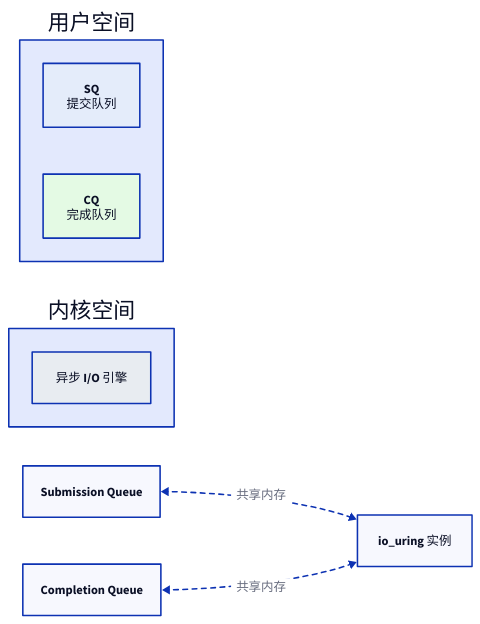
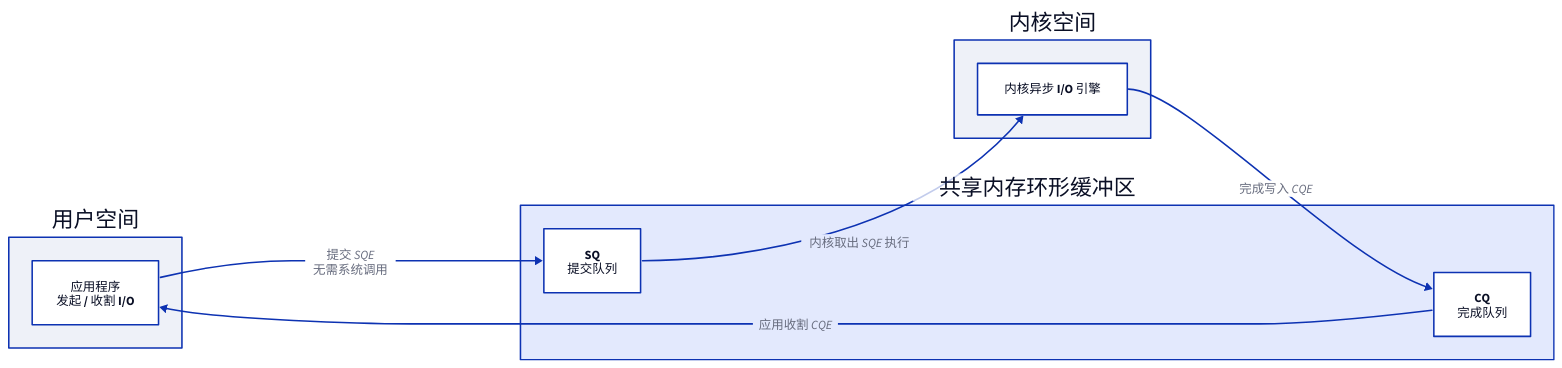
Before and after one commit to zhleeo/zlab: the diagram in diagrams/io-uring.d2, drawn with D2. The commit also changed 11 other files, not shown here.

```diff
--- a/diagrams/io-uring.d2
+++ b/diagrams/io-uring.d2
@@ -1,24 +1,34 @@
-# io_uring 共享环形缓冲区
+# io_uring 共享环形缓冲区架构
 direction: right
 
 用户空间: {
-  Submission Queue: "SQ\n提交队列" {
-    style.fill: "#e4ecfa"
+  label: 用户空间
+  style.fill: "#EEF1F8"
+  app: 应用程序\n发起 / 收割 I/O {
+    style.fill: "#FFFFFF"
   }
-  Completion Queue: "CQ\n完成队列" {
-    style.fill: "#e4fae4"
+}
+
+共享内存: {
+  label: 共享内存环形缓冲区
+  style.fill: "#E3E9FD"
+  SQ: "SQ\n提交队列" {
+    style.fill: "#FFFFFF"
+  }
+  CQ: "CQ\n完成队列" {
+    style.fill: "#FFFFFF"
   }
 }
 
 内核空间: {
-  io_uring 实例: "异步 I/O 引擎" {
-    style.fill: "#e8ecf1"
+  label: 内核空间
+  style.fill: "#EEF1F8"
+  engine: 内核异步 I/O 引擎 {
+    style.fill: "#FFFFFF"
   }
 }
 
-Submission Queue <-> io_uring 实例: 共享内存 {
-  style.stroke-dash: 3
-}
-Completion Queue <-> io_uring 实例: 共享内存 {
-  style.stroke-dash: 3
-}
+用户空间.app -> 共享内存.SQ: 提交 SQE\n无需系统调用
+共享内存.SQ -> 内核空间.engine: 内核取出 SQE 执行
+内核空间.engine -> 共享内存.CQ: 完成写入 CQE
+共享内存.CQ -> 用户空间.app: 应用收割 CQE
```
